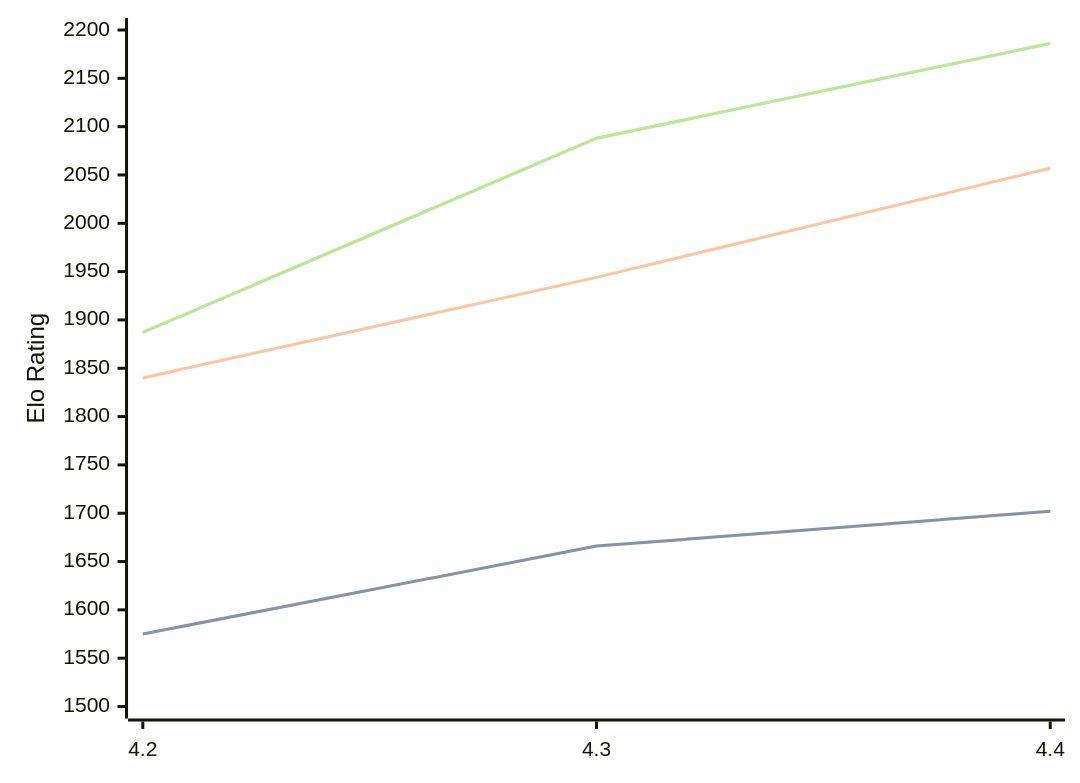
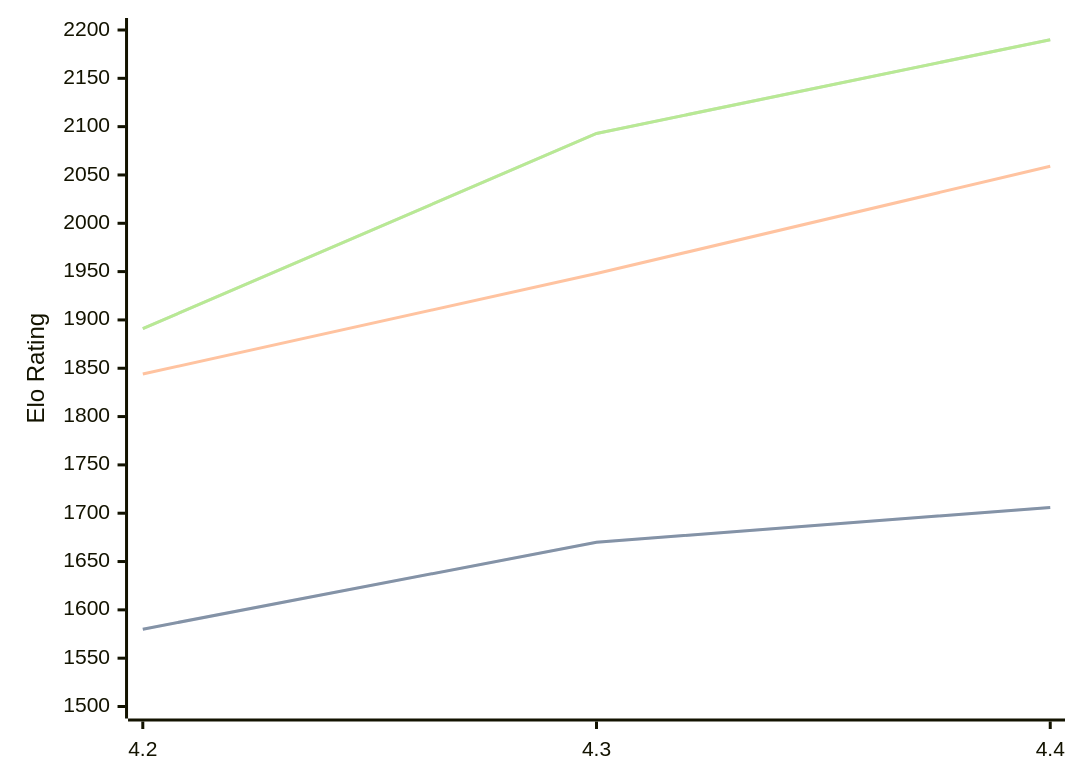
The diagram in engines/Radiance.md (computer-chess-index/cci), drawn with Mermaid before and after one commit. The commit also changed other lines of this file, not shown here.

Commit message:
Update CCI Ratings (ELO VLTC) - 2026-08-18

````diff
--- a/engines/Radiance.md
+++ b/engines/Radiance.md
@@ -33,11 +33,11 @@
 ```mermaid
 %%{init: {"theme":"base","themeVariables":{"seriesColors:['#a3a3a3','#222221','#faa371']}}}%%
 xychart-beta
   x-axis ["4.2", "4.3", "4.4"]
   y-axis "Elo Rating" 1500 --> 2200
-  line "STC (8.0+0.08s)" [1575, 1666, 1702]
-  line "STC (8.0+0.08s)" [1575, 1666, 1702]
-  line "LTC (60.0+0.60s)" [1840, 1944, 2057]
-  line "VLTC (2m24s+1.12s)" [1887, 2088, 2186]
-  line "VLTC (2m24s+1.12s)" [1887, 2088, 2186]
+  line "STC (8.0+0.08s)" [1580, 1670, 1706]
+  line "STC (8.0+0.08s)" [1580, 1670, 1706]
+  line "LTC (60.0+0.60s)" [1844, 1948, 2059]
+  line "VLTC (2m24s+1.12s)" [1891, 2093, 2190]
+  line "VLTC (2m24s+1.12s)" [1891, 2093, 2190]
 ```
````
